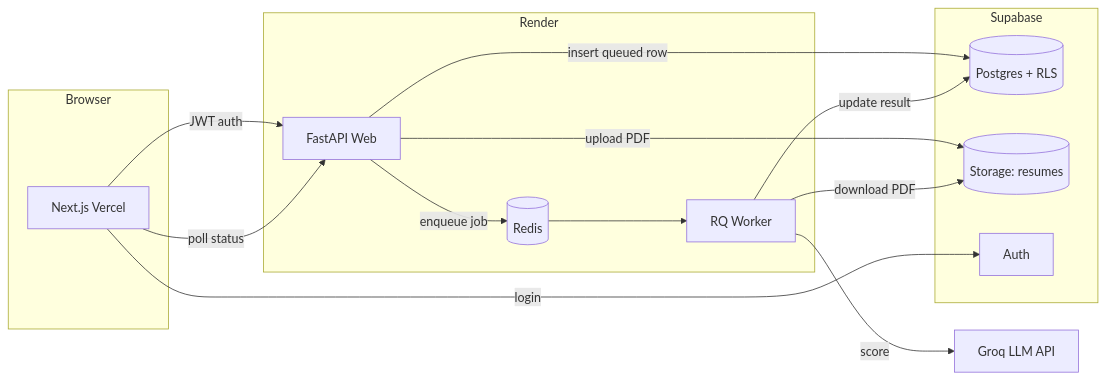
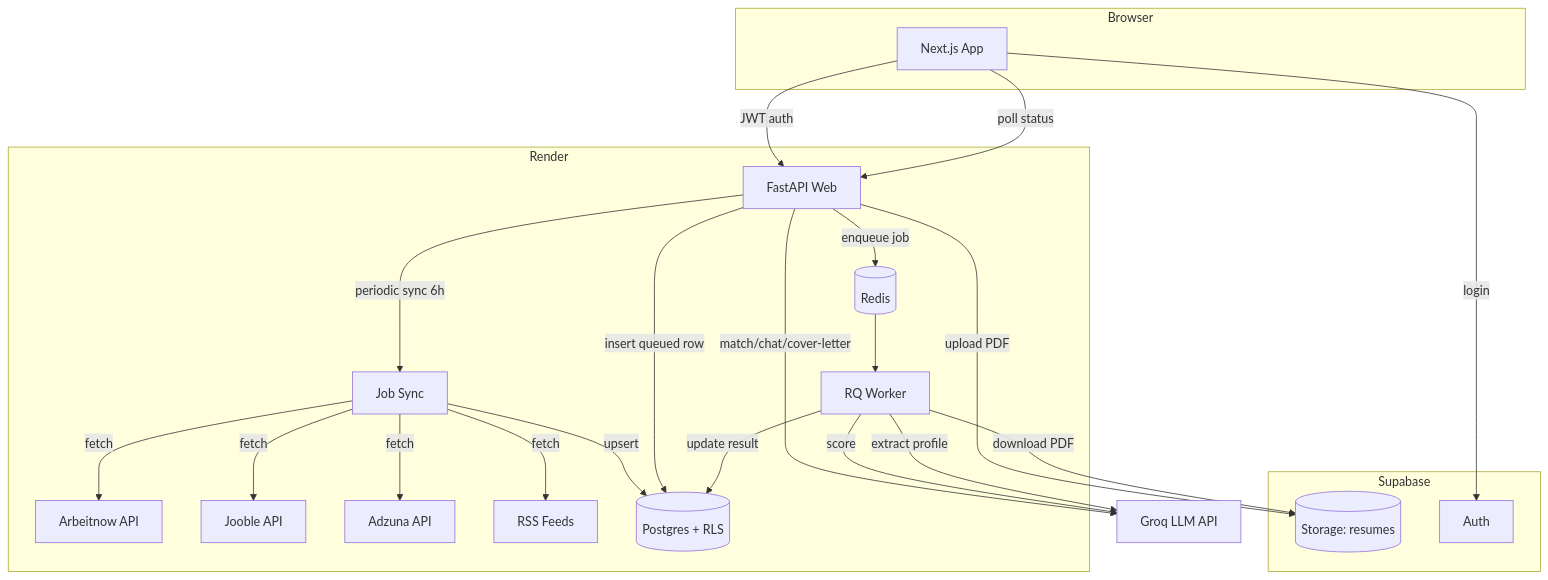
One commit to kushalgarg101/resume-matcher changed the diagram in README.md. Above: the diagram before and after it, drawn with Mermaid. The commit also changed other lines of this file and 1 other file, not shown here.

First line of the commit message:
docs: update README and ARCHITECTURE for current feature set

````diff
--- a/README.md
+++ b/README.md
@@ -15,25 +37,33 @@
 ```mermaid
-flowchart LR
+flowchart TB
     subgraph Browser
-        FE[Next.js Vercel]
+        FE[Next.js App]
     end
     subgraph Render
         API[FastAPI Web] -->|enqueue job| REDIS[(Redis)]
         REDIS --> WORKER[RQ Worker]
+        API -->|periodic sync 6h| SYNC[Job Sync]
+        SYNC -->|fetch| J1[Arbeitnow API]
+        SYNC -->|fetch| J2[Jooble API]
+        SYNC -->|fetch| J3[Adzuna API]
+        SYNC -->|fetch| J4[RSS Feeds]
+        SYNC -->|upsert| PG
     end
     subgraph Supabase
         PG[(Postgres + RLS)]
         STORE[(Storage: resumes)]
         AUTH[Auth]
     end
     GROQ[Groq LLM API]
 
     FE -->|JWT auth| API
+    API -->|match/chat/cover-letter| GROQ
     API -->|insert queued row| PG
     API -->|upload PDF| STORE
     WORKER -->|download PDF| STORE
     WORKER -->|score| GROQ
     WORKER -->|update result| PG
+    WORKER -->|extract profile| GROQ
     FE -->|poll status| API
     FE -->|login| AUTH
 ```
````
